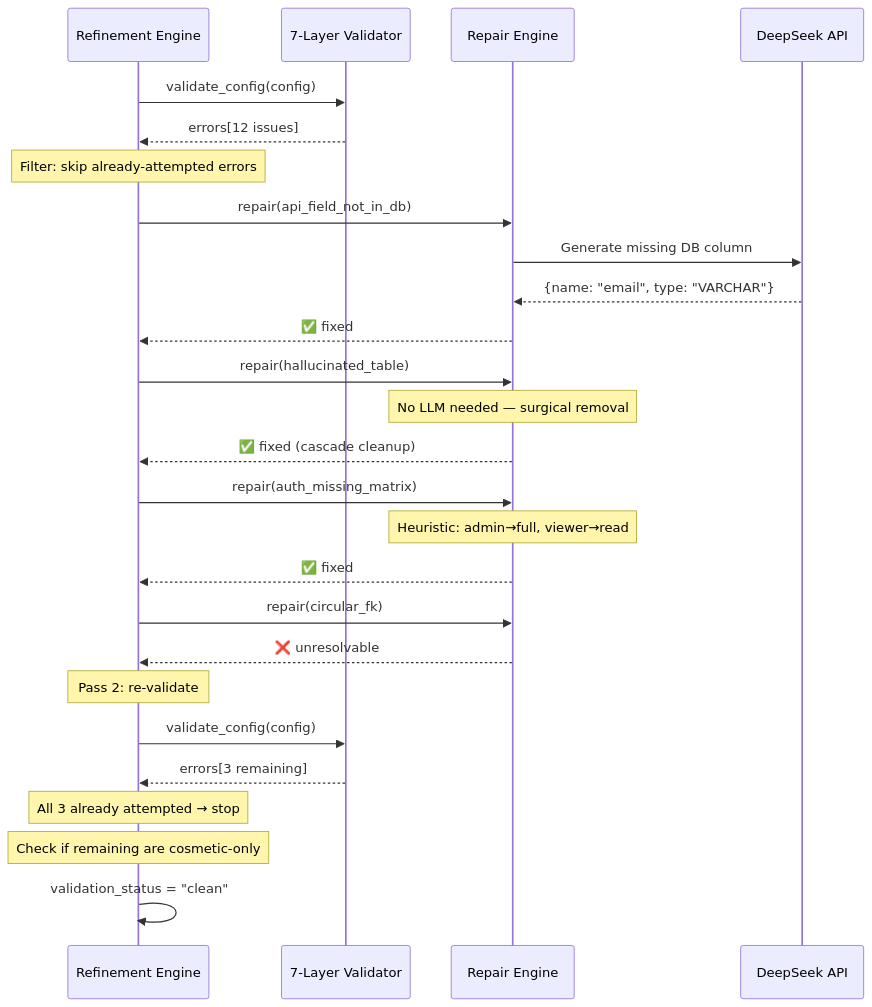
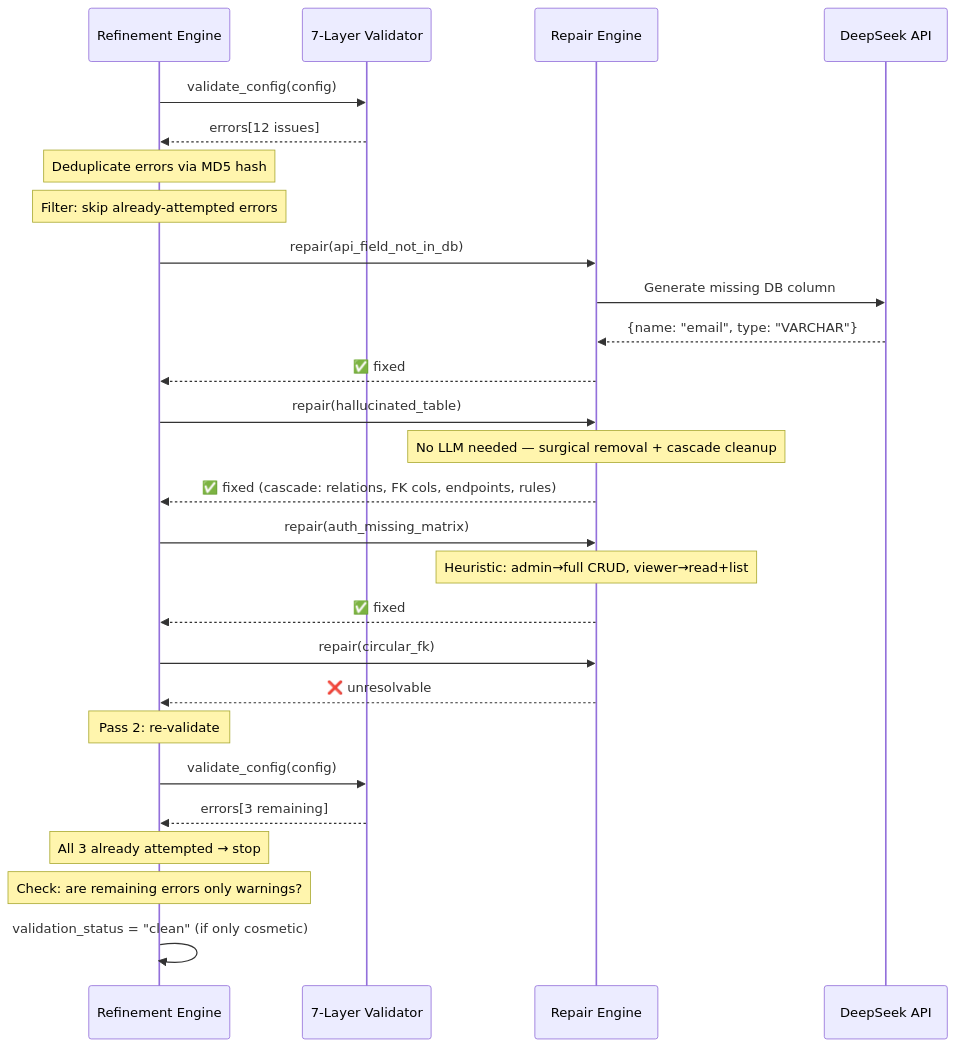
The fifth of 24 diagrams in SOFTWARE_ARCHITECTURE.md (notsooamit/app-compiler), drawn with Mermaid before and after one commit. The commit also changed other lines of this file and 1 other file, not shown here.

````diff
--- a/SOFTWARE_ARCHITECTURE.md
+++ b/SOFTWARE_ARCHITECTURE.md
@@ -314,35 +316,36 @@
 ```mermaid
 sequenceDiagram
     participant R as Refinement Engine
     participant V as 7-Layer Validator
     participant RE as Repair Engine
     participant LLM as DeepSeek API
 
     R->>V: validate_config(config)
     V-->>R: errors[12 issues]
     
+    Note over R: Deduplicate errors via MD5 hash
     Note over R: Filter: skip already-attempted errors
     
     R->>RE: repair(api_field_not_in_db)
     RE->>LLM: Generate missing DB column
     LLM-->>RE: {name: "email", type: "VARCHAR"}
     RE-->>R: ✅ fixed
 
     R->>RE: repair(hallucinated_table)
-    Note over RE: No LLM needed — surgical removal
-    RE-->>R: ✅ fixed (cascade cleanup)
+    Note over RE: No LLM needed — surgical removal + cascade cleanup
+    RE-->>R: ✅ fixed (cascade: relations, FK cols, endpoints, rules)
 
     R->>RE: repair(auth_missing_matrix)
-    Note over RE: Heuristic: admin→full, viewer→read
+    Note over RE: Heuristic: admin→full CRUD, viewer→read+list
     RE-->>R: ✅ fixed
 
     R->>RE: repair(circular_fk)
     RE-->>R: ❌ unresolvable
 
     Note over R: Pass 2: re-validate
     R->>V: validate_config(config)
     V-->>R: errors[3 remaining]
     Note over R: All 3 already attempted → stop
-    Note over R: Check if remaining are cosmetic-only
-    R->>R: validation_status = "clean"
+    Note over R: Check: are remaining errors only warnings?
+    R->>R: validation_status = "clean" (if only cosmetic)
 ```
````
